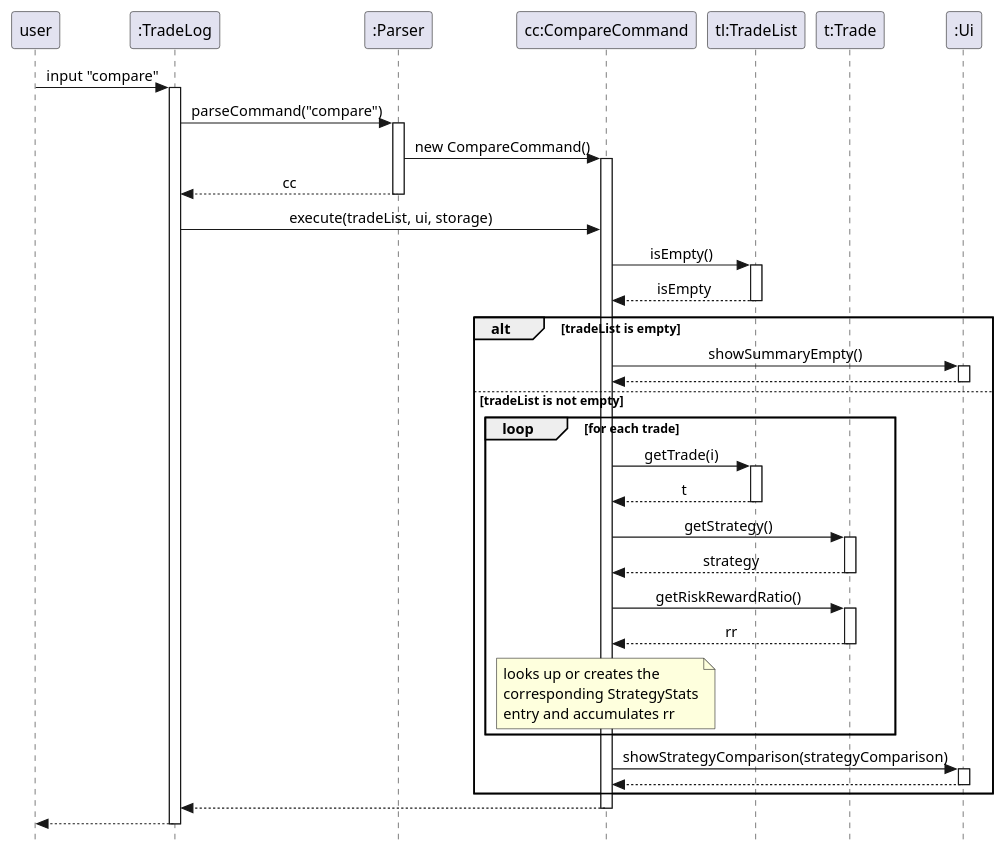
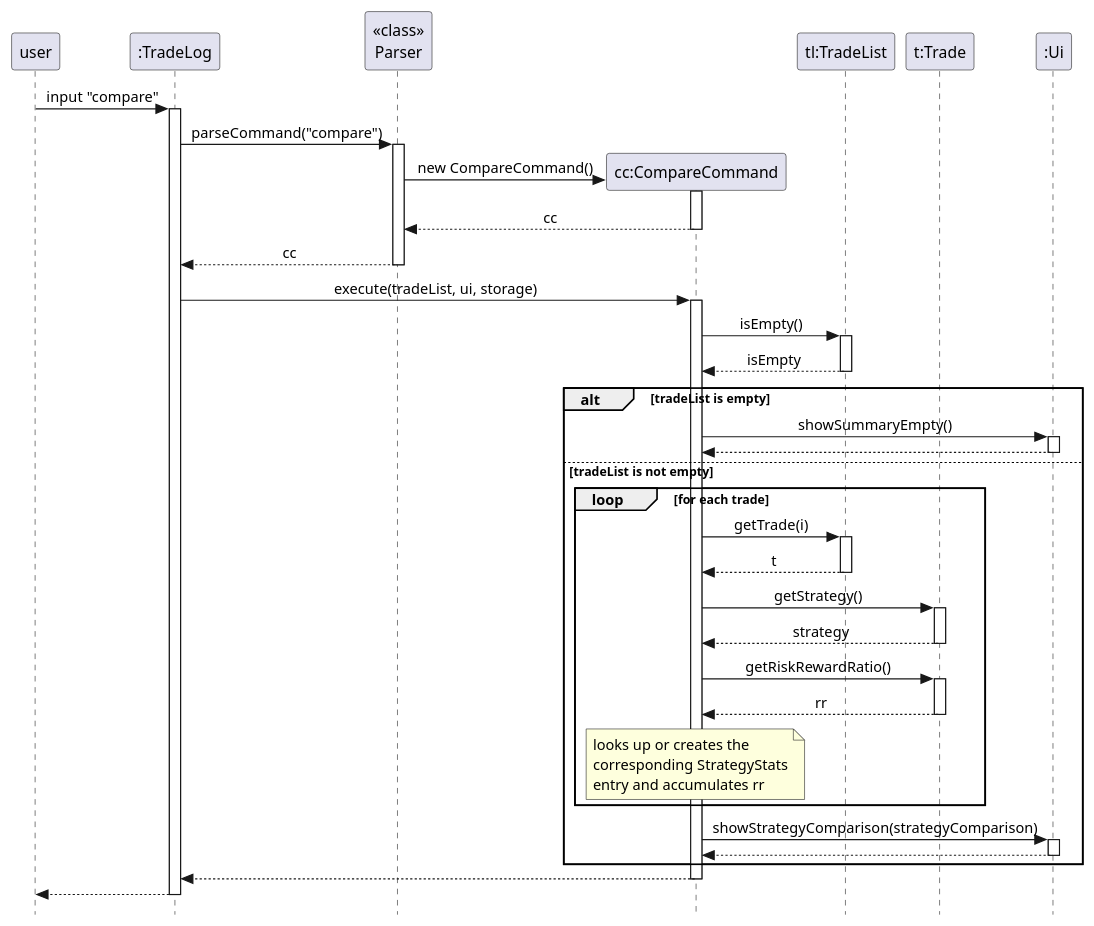
The diagram in docs/diagrams/compare-sequence.puml (AY2526S2-CS2113-T11-2/tp), drawn with PlantUML before and after one commit. The commit also changed 9 other files, not shown here.

```diff
--- a/docs/diagrams/compare-sequence.puml
+++ b/docs/diagrams/compare-sequence.puml
@@ -1,70 +1,74 @@
 @startuml
 hide footbox
 skinparam Style strictuml
 skinparam SequenceMessageAlign center
 
 participant "user" as User
 participant ":TradeLog" as TradeLog
-participant ":Parser" as Parser
+participant "<<class>>\nParser" as Parser
 participant "cc:CompareCommand" as CompareCommand
 participant "tl:TradeList" as TradeList
 participant "t:Trade" as Trade
 participant ":Ui" as Ui
 
 User -> TradeLog : input "compare"
 activate TradeLog
 
 TradeLog -> Parser : parseCommand("compare")
 activate Parser
+create CompareCommand
 Parser -> CompareCommand : new CompareCommand()
 activate CompareCommand
+CompareCommand --> Parser : cc
+deactivate CompareCommand
 Parser --> TradeLog : cc
 deactivate Parser
 
 TradeLog -> CompareCommand : execute(tradeList, ui, storage)
+activate CompareCommand
 
 CompareCommand -> TradeList : isEmpty()
 activate TradeList
 TradeList --> CompareCommand : isEmpty
 deactivate TradeList
 
 alt tradeList is empty
     CompareCommand -> Ui : showSummaryEmpty()
     activate Ui
     Ui --> CompareCommand
     deactivate Ui
 else tradeList is not empty
     loop for each trade
         CompareCommand -> TradeList : getTrade(i)
         activate TradeList
         TradeList --> CompareCommand : t
         deactivate TradeList
 
         CompareCommand -> Trade : getStrategy()
         activate Trade
         Trade --> CompareCommand : strategy
         deactivate Trade
 
         CompareCommand -> Trade : getRiskRewardRatio()
         activate Trade
         Trade --> CompareCommand : rr
         deactivate Trade
 
         note over CompareCommand
             looks up or creates the
             corresponding StrategyStats
             entry and accumulates rr
         end note
     end
 
     CompareCommand -> Ui : showStrategyComparison(strategyComparison)
     activate Ui
     Ui --> CompareCommand
     deactivate Ui
 end
 
 CompareCommand --> TradeLog
 deactivate CompareCommand
 TradeLog --> User
 deactivate TradeLog
 @enduml
```
